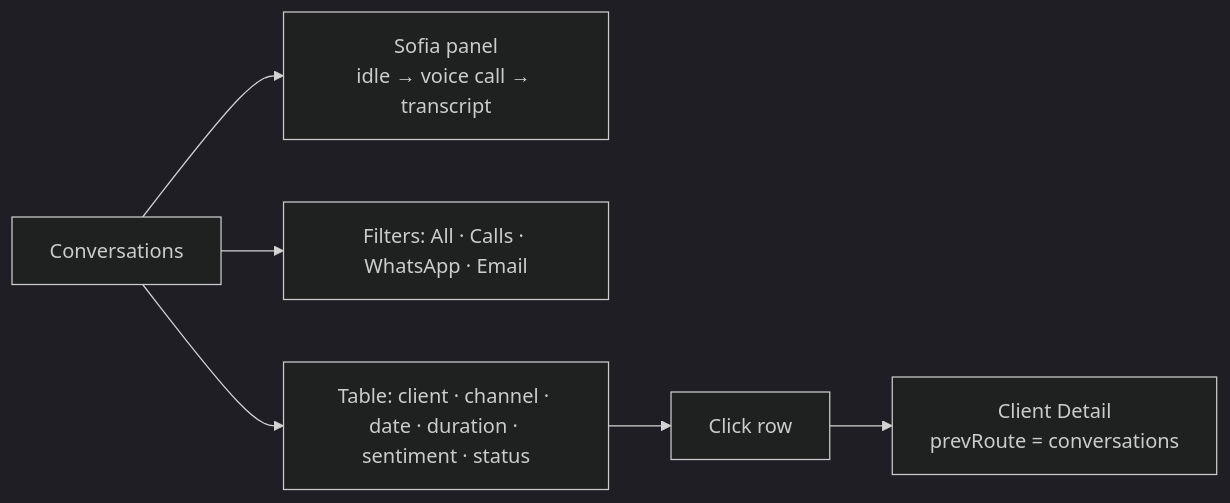
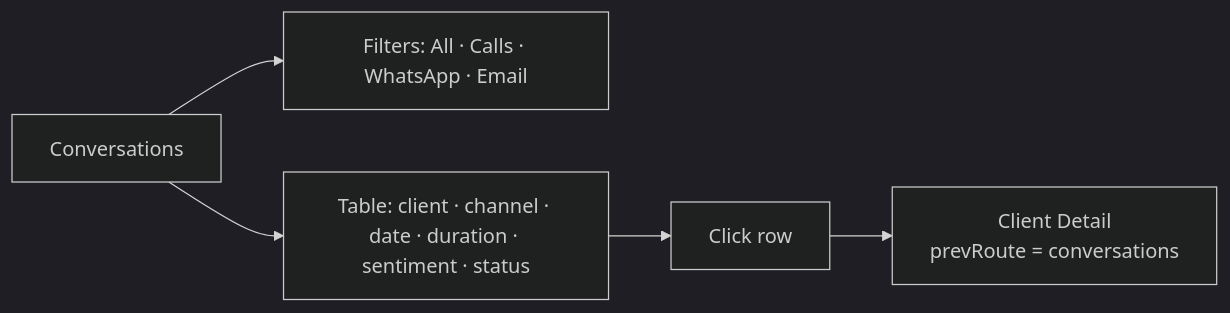
The fourth of 8 diagrams in docs/flows/COCKPIT_FLOWS.md (thoravieira/wealth-advisor-hub), drawn with Mermaid (dark theme) before and after one commit. The commit also changed other lines of this file and 9 other files, not shown here.

````diff
--- a/docs/flows/COCKPIT_FLOWS.md
+++ b/docs/flows/COCKPIT_FLOWS.md
@@ -92,8 +92,7 @@
 ```mermaid
 flowchart LR
-    CO[Conversations] --> SOFIA[Sofia panel\nidle → voice call → transcript]
-    CO --> F[Filters: All · Calls · WhatsApp · Email]
+    CO[Conversations] --> F[Filters: All · Calls · WhatsApp · Email]
     CO --> T[Table: client · channel · date · duration · sentiment · status]
     T --> ROW[Click row]
     ROW --> CD[Client Detail\nprevRoute = conversations]
 ```
````
